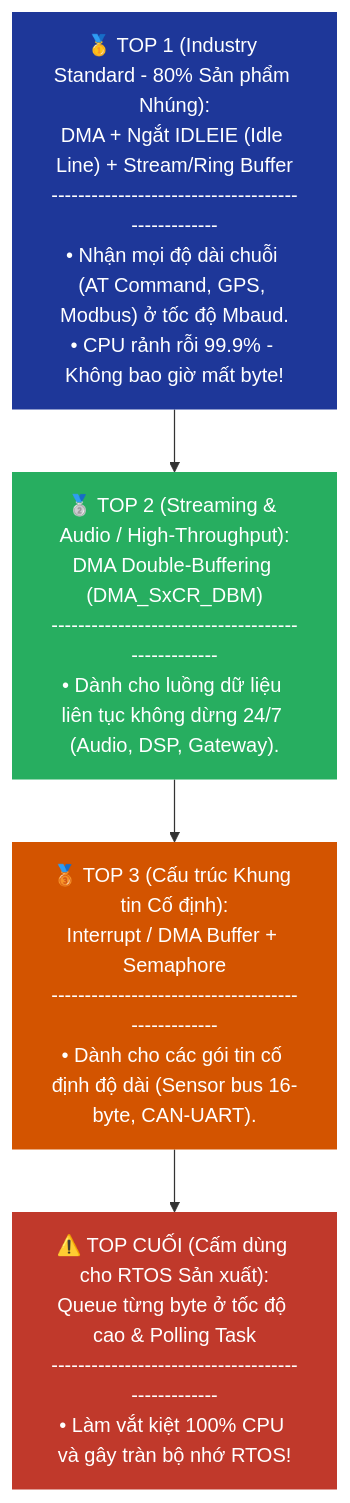
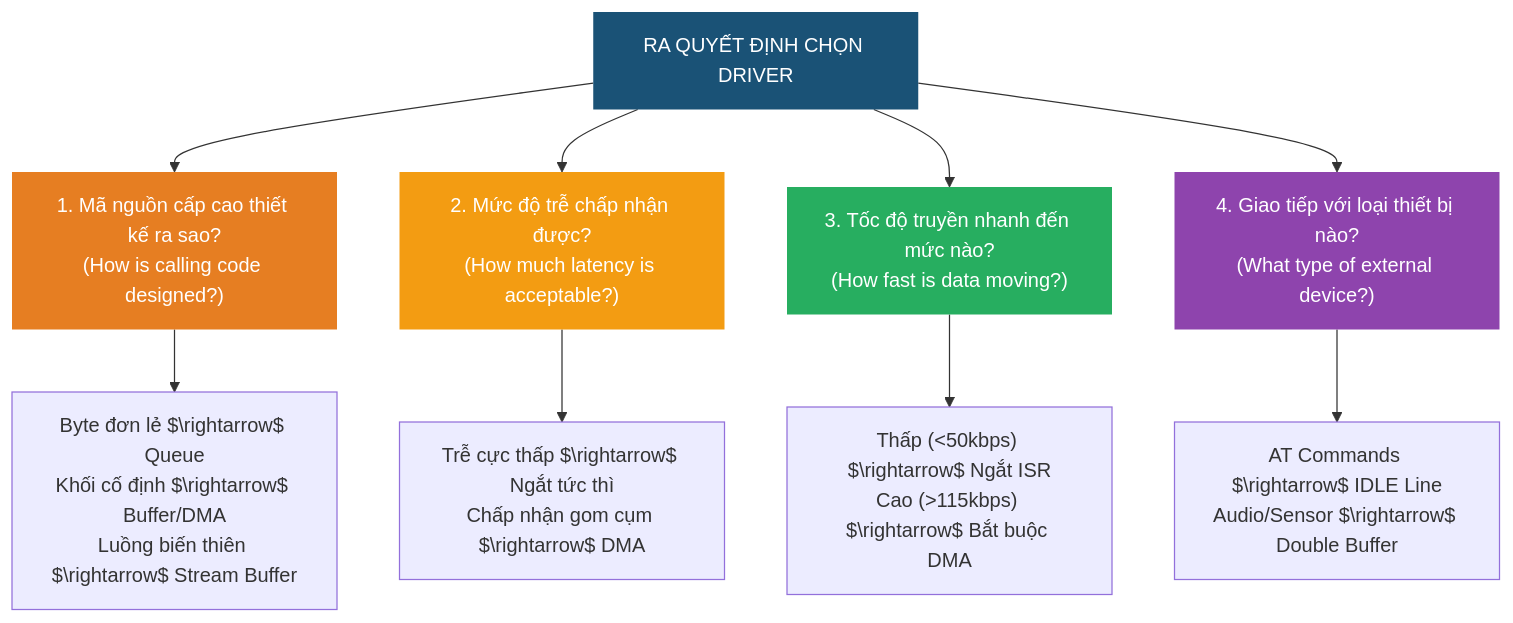
One commit to MinnT15/RTOS changed the fifth of 7 diagrams in 09_Drivers_and_ISRs.md. Above: the diagram before and after it, drawn with Mermaid. The commit also changed other lines of this file, not shown here.

````diff
--- a/09_Drivers_and_ISRs.md
+++ b/09_Drivers_and_ISRs.md
@@ -1039,19 +929,18 @@
 ```mermaid
 graph TD
-    RANK1["🥇 TOP 1 (Industry Standard - 80% Sản phẩm Nhúng):<br/>DMA + Ngắt IDLEIE (Idle Line) + Stream/Ring Buffer<br/>--------------------------------------------------<br/>• Nhận mọi độ dài chuỗi (AT Command, GPS, Modbus) ở tốc độ Mbaud.<br/>• CPU rảnh rỗi 99.9% - Không bao giờ mất byte!"]
-    
-    RANK2["🥈 TOP 2 (Streaming & Audio / High-Throughput):<br/>DMA Double-Buffering (DMA_SxCR_DBM)<br/>--------------------------------------------------<br/>• Dành cho luồng dữ liệu liên tục không dừng 24/7 (Audio, DSP, Gateway)."]
-    
-    RANK3["🥉 TOP 3 (Cấu trúc Khung tin Cố định):<br/>Interrupt / DMA Buffer + Semaphore<br/>--------------------------------------------------<br/>• Dành cho các gói tin cố định độ dài (Sensor bus 16-byte, CAN-UART)."]
-    
-    RANK4["⚠️ TOP CUỐI (Cấm dùng cho RTOS Sản xuất):<br/>Queue từng byte ở tốc độ cao & Polling Task<br/>--------------------------------------------------<br/>• Làm vắt kiệt 100% CPU và gây tràn bộ nhớ RTOS!"]
+    D["RA QUYẾT ĐỊNH CHỌN DRIVER"] --> Q1["1. Mã nguồn cấp cao thiết kế ra sao?<br/>(How is calling code designed?)"]
+    D --> Q2["2. Mức độ trễ chấp nhận được?<br/>(How much latency is acceptable?)"]
+    D --> Q3["3. Tốc độ truyền nhanh đến mức nào?<br/>(How fast is data moving?)"]
+    D --> Q4["4. Giao tiếp với loại thiết bị nào?<br/>(What type of external device?)"]
 
-    RANK1 --> RANK2
-    RANK2 --> RANK3
-    RANK3 --> RANK4
+    Q1 --> A1["Byte đơn lẻ $\rightarrow$ Queue<br/>Khối cố định $\rightarrow$ Buffer/DMA<br/>Luồng biến thiên $\rightarrow$ Stream Buffer"]
+    Q2 --> A2["Trễ cực thấp $\rightarrow$ Ngắt tức thì<br/>Chấp nhận gom cụm $\rightarrow$ DMA"]
+    Q3 --> A3["Thấp (<50kbps) $\rightarrow$ Ngắt ISR<br/>Cao (>115kbps) $\rightarrow$ Bắt buộc DMA"]
+    Q4 --> A4["AT Commands $\rightarrow$ IDLE Line<br/>Audio/Sensor $\rightarrow$ Double Buffer"]
 
-    style RANK1 fill:#1e3799,color:#fff,stroke:none
-    style RANK2 fill:#27ae60,color:#fff,stroke:none
-    style RANK3 fill:#d35400,color:#fff,stroke:none
-    style RANK4 fill:#c0392b,color:#fff,stroke:none
+    style D fill:#1a5276,color:#fff,stroke:none
+    style Q1 fill:#e67e22,color:#fff,stroke:none
+    style Q2 fill:#f39c12,color:#fff,stroke:none
+    style Q3 fill:#27ae60,color:#fff,stroke:none
+    style Q4 fill:#8e44ad,color:#fff,stroke:none
 ```
````
